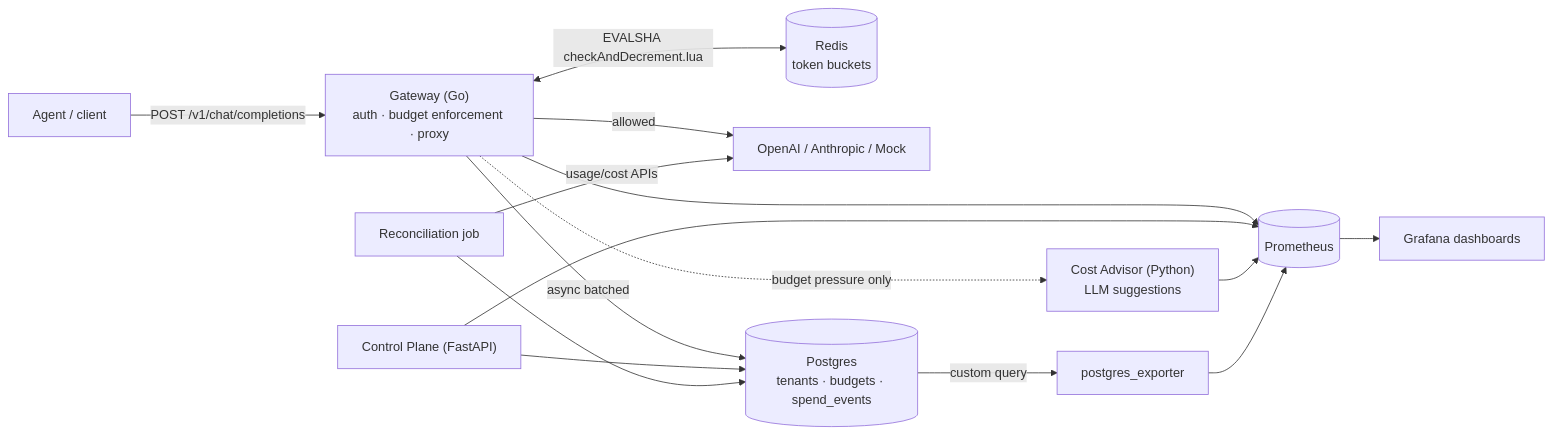
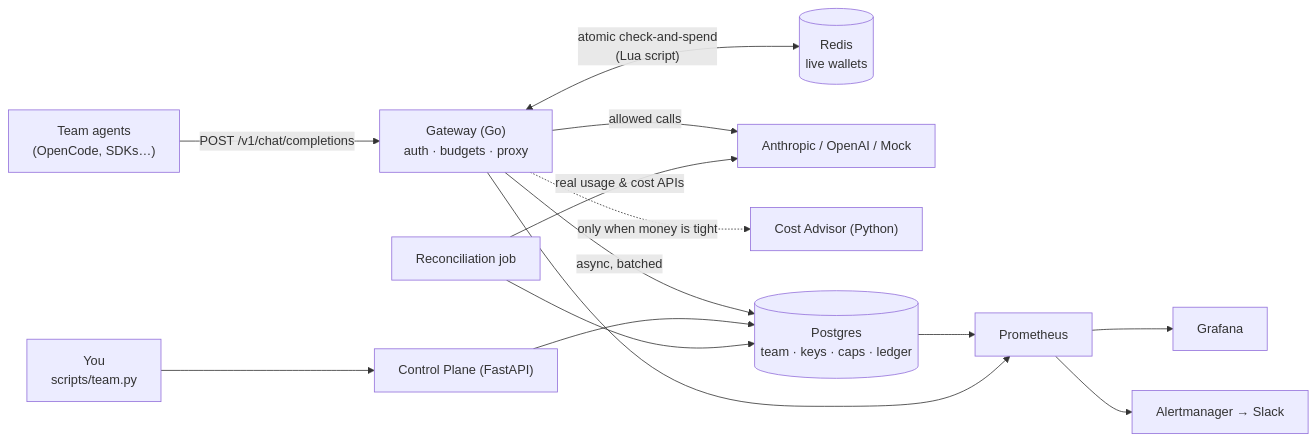
One commit to Horunu/budget-governor changed the diagram in README.md. Above: the diagram before and after it, drawn with Mermaid. The commit also changed other lines of this file and 2 other files, not shown here.

````diff
--- a/README.md
+++ b/README.md
@@ -27,16 +222,16 @@
 ```mermaid
 flowchart LR
-    Client["Agent / client"] -->|"POST /v1/chat/completions"| Gateway["Gateway (Go)\nauth · budget enforcement · proxy"]
-    Gateway <-->|"EVALSHA checkAndDecrement.lua"| Redis[("Redis\ntoken buckets")]
-    Gateway -->|"allowed"| Provider["OpenAI / Anthropic / Mock"]
-    Gateway -.->|"budget pressure only"| Advisor["Cost Advisor (Python)\nLLM suggestions"]
-    Gateway -->|"async batched"| Postgres[("Postgres\ntenants · budgets · spend_events")]
-    ControlPlane["Control Plane (FastAPI)"] --> Postgres
-    Reconciliation["Reconciliation job"] --> Postgres
-    Reconciliation -->|"usage/cost APIs"| Provider
-    Gateway --> Prometheus[("Prometheus")]
-    ControlPlane --> Prometheus
-    Advisor --> Prometheus
-    Prometheus --> Grafana["Grafana dashboards"]
-    Postgres -->|"custom query"| PGExporter["postgres_exporter"] --> Prometheus
+    Agents["Team agents<br/>(OpenCode, SDKs…)"] -->|"POST /v1/chat/completions"| Gateway["Gateway (Go)<br/>auth · budgets · proxy"]
+    Gateway <-->|"atomic check-and-spend<br/>(Lua script)"| Redis[("Redis<br/>live wallets")]
+    Gateway -->|"allowed calls"| Provider["Anthropic / OpenAI / Mock"]
+    Gateway -.->|"only when money is tight"| Advisor["Cost Advisor (Python)"]
+    Gateway -->|"async, batched"| Postgres[("Postgres<br/>team · keys · caps · ledger")]
+    You["You<br/>scripts/team.py"] --> ControlPlane["Control Plane (FastAPI)"]
+    ControlPlane --> Postgres
+    Recon["Reconciliation job"] --> Postgres
+    Recon -->|"real usage & cost APIs"| Provider
+    Postgres --> Prometheus["Prometheus"]
+    Gateway --> Prometheus
+    Prometheus --> Grafana["Grafana"]
+    Prometheus --> Alertmanager["Alertmanager → Slack"]
 ```
````
